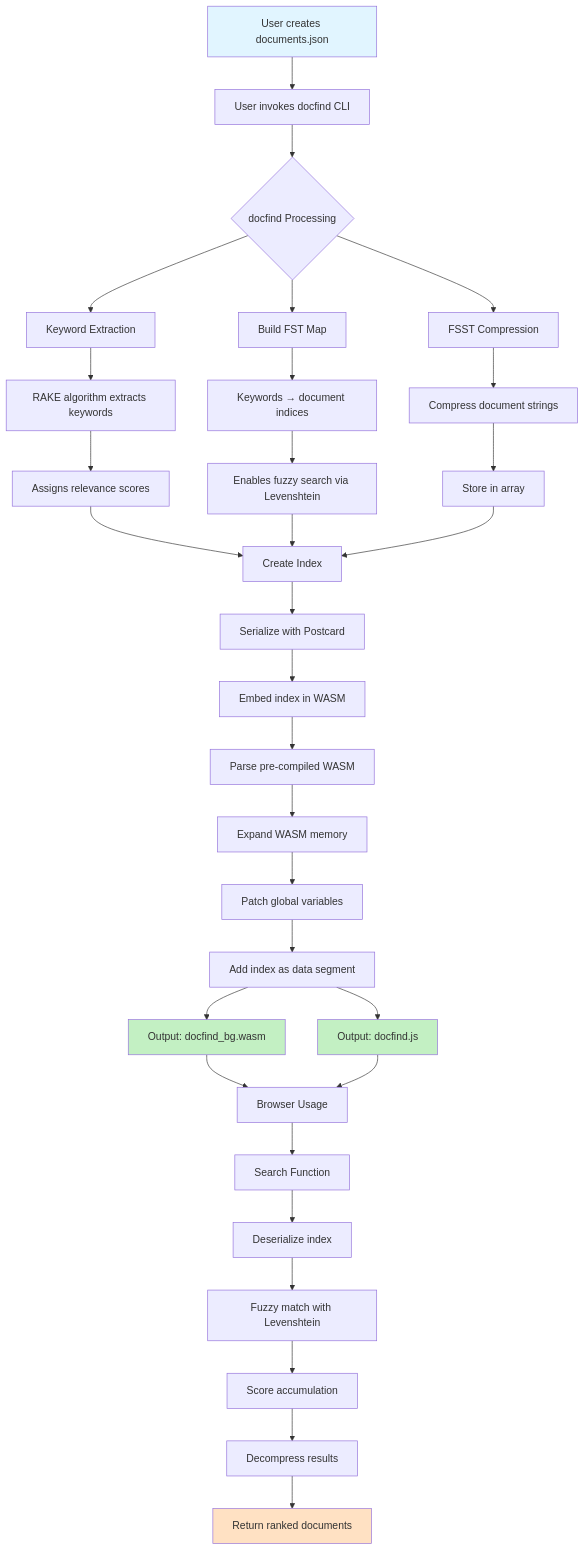
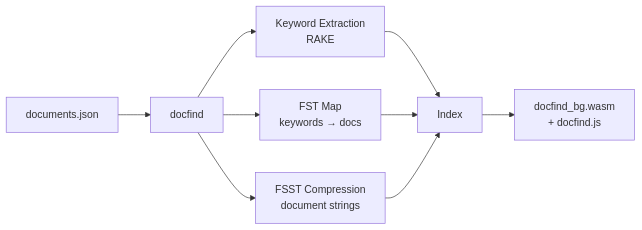
One commit to microsoft/docfind changed the diagram in README.md. Above: the diagram before and after it, drawn with Mermaid.

Commit message:
Simplify mermaid diagram to focus on index creation

````diff
--- a/README.md
+++ b/README.md
@@ -115,46 +115,11 @@
 ```mermaid
-flowchart TD
-    A[User creates documents.json] --> B[User invokes docfind CLI]
-    B --> C{docfind Processing}
-    
-    C --> D[Keyword Extraction]
-    D --> D1[RAKE algorithm extracts keywords]
-    D1 --> D2[Assigns relevance scores]
-    
-    C --> E[Build FST Map]
-    E --> E1[Keywords → document indices]
-    E1 --> E2[Enables fuzzy search via Levenshtein]
-    
-    C --> F[FSST Compression]
-    F --> F1[Compress document strings]
-    F1 --> F2[Store in array]
-    
-    D2 --> G[Create Index]
-    E2 --> G
-    F2 --> G
-    
-    G --> H[Serialize with Postcard]
-    H --> I[Embed index in WASM]
-    I --> I1[Parse pre-compiled WASM]
-    I1 --> I2[Expand WASM memory]
-    I2 --> I3[Patch global variables]
-    I3 --> I4[Add index as data segment]
-    
-    I4 --> J[Output: docfind_bg.wasm]
-    I4 --> K[Output: docfind.js]
-    
-    J --> L[Browser Usage]
-    K --> L
-    
-    L --> M[Search Function]
-    M --> M1[Deserialize index]
-    M1 --> M2[Fuzzy match with Levenshtein]
-    M2 --> M3[Score accumulation]
-    M3 --> M4[Decompress results]
-    M4 --> N[Return ranked documents]
-    
-    style A fill:#e1f5ff
-    style J fill:#c3f0c3
-    style K fill:#c3f0c3
-    style N fill:#ffe1c3
+flowchart LR
+    A[documents.json] --> B[docfind]
+    B --> C[Keyword Extraction<br/>RAKE]
+    B --> D[FST Map<br/>keywords → docs]
+    B --> E[FSST Compression<br/>document strings]
+    C --> F[Index]
+    D --> F
+    E --> F
+    F --> G[docfind_bg.wasm<br/>+ docfind.js]
 ```
````
